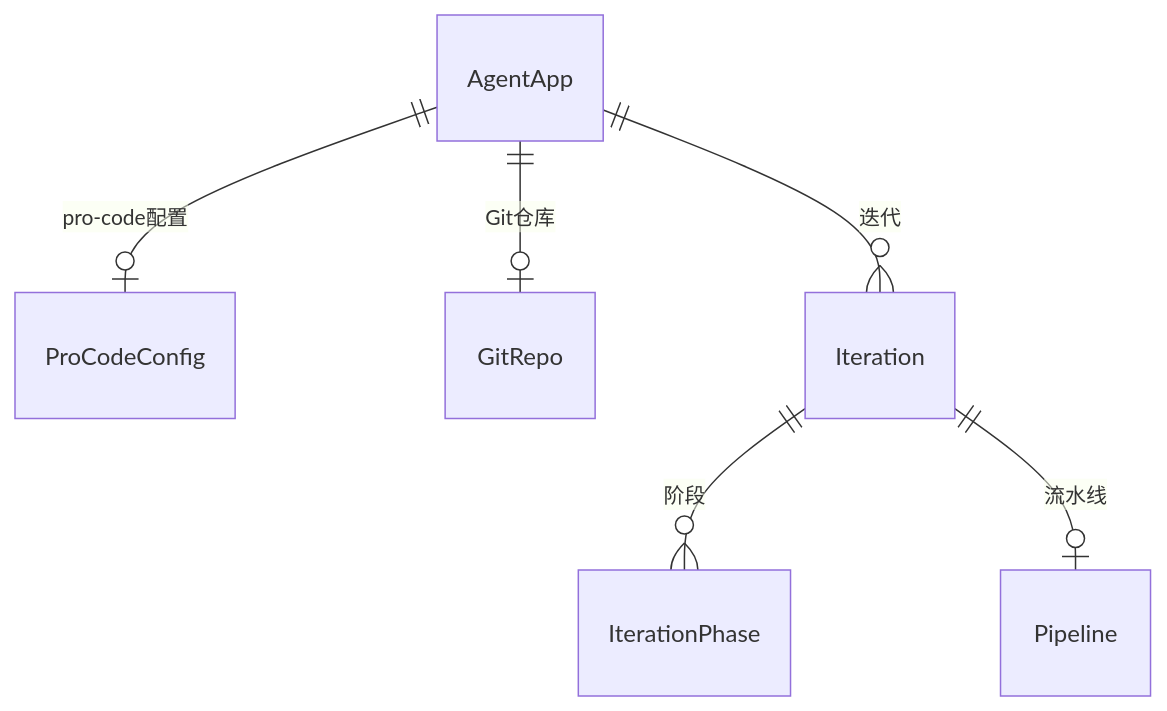
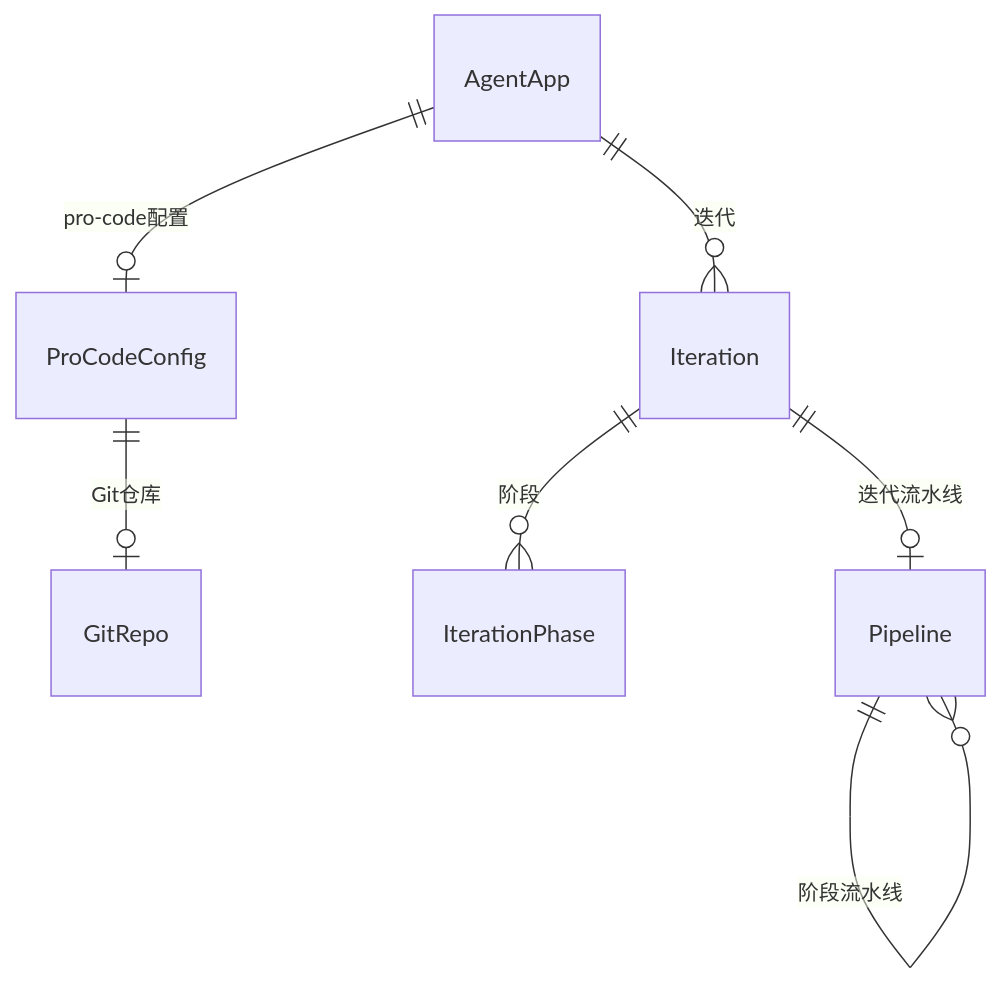
Before and after one commit to qdw497874677/high-code-doc: the fifth of 5 diagrams in docs/plans/procode-platform/hld/hld.md, drawn with Mermaid.

Commit message:
优化概要设计ER图：Git仓库属于ProCodeConfig，增加两种流水线类型

````diff
--- a/docs/plans/procode-platform/hld/hld.md
+++ b/docs/plans/procode-platform/hld/hld.md
@@ -208,8 +208,9 @@
 ```mermaid
 erDiagram
     AgentApp ||--o| ProCodeConfig : "pro-code配置"
-    AgentApp ||--o| GitRepo : "Git仓库"
+    ProCodeConfig ||--o| GitRepo : "Git仓库"
     AgentApp ||--o{ Iteration : "迭代"
     Iteration ||--o{ IterationPhase : "阶段"
-    Iteration ||--o| Pipeline : "流水线"
+    Iteration ||--o| Pipeline : "迭代流水线"
+    Pipeline ||--o{ Pipeline : "阶段流水线"
 ```
````
